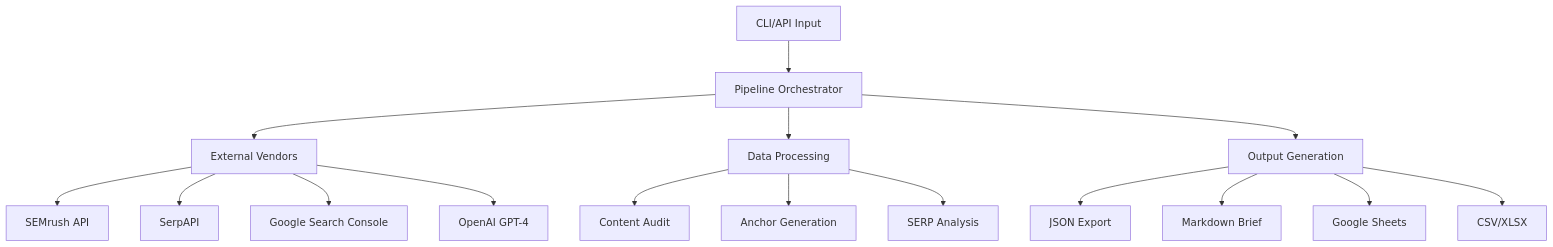
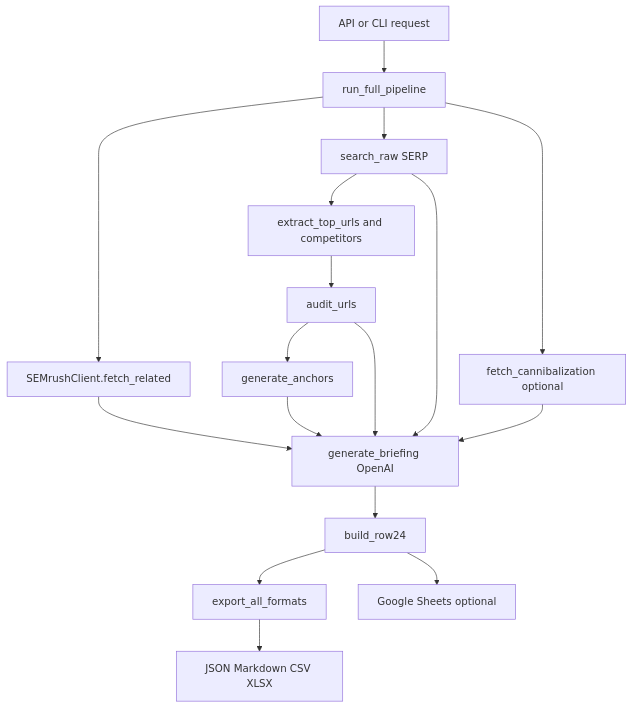
The diagram in ARCHITECTURE.md (merlintxu/SEO-Brief-Pipeline), drawn with Mermaid before and after one commit. The commit also changed other lines of this file and 9 other files, not shown here.

First line of the commit message:
docs: map pipeline architecture and action plan

````diff
--- a/ARCHITECTURE.md
+++ b/ARCHITECTURE.md
@@ -8,21 +9,19 @@
 ```mermaid
-graph TB
-    CLI[CLI/API Input] --> Pipeline[Pipeline Orchestrator]
-    Pipeline --> Vendors[External Vendors]
-    Pipeline --> Processing[Data Processing]
-    Pipeline --> Output[Output Generation]
-    
-    Vendors --> SEMrush[SEMrush API]
-    Vendors --> SERP[SerpAPI]
-    Vendors --> GSC[Google Search Console]
-    Vendors --> OpenAI[OpenAI GPT-4]
-    
-    Processing --> Audit[Content Audit]
-    Processing --> Anchors[Anchor Generation]
-    Processing --> Analysis[SERP Analysis]
-    
-    Output --> JSON[JSON Export]
-    Output --> Markdown[Markdown Brief]
-    Output --> Sheets[Google Sheets]
-    Output --> Excel[CSV/XLSX]
+graph TD
+    A[API or CLI request] --> B[run_full_pipeline]
+    B --> C[SEMrushClient.fetch_related]
+    B --> D[search_raw SERP]
+    D --> E[extract_top_urls and competitors]
+    E --> F[audit_urls]
+    B --> G[fetch_cannibalization optional]
+    F --> H[generate_anchors]
+    C --> I[generate_briefing OpenAI]
+    D --> I
+    F --> I
+    G --> I
+    H --> I
+    I --> J[build_row24]
+    J --> K[export_all_formats]
+    K --> L[JSON Markdown CSV XLSX]
+    J --> M[Google Sheets optional]
 ```
````
